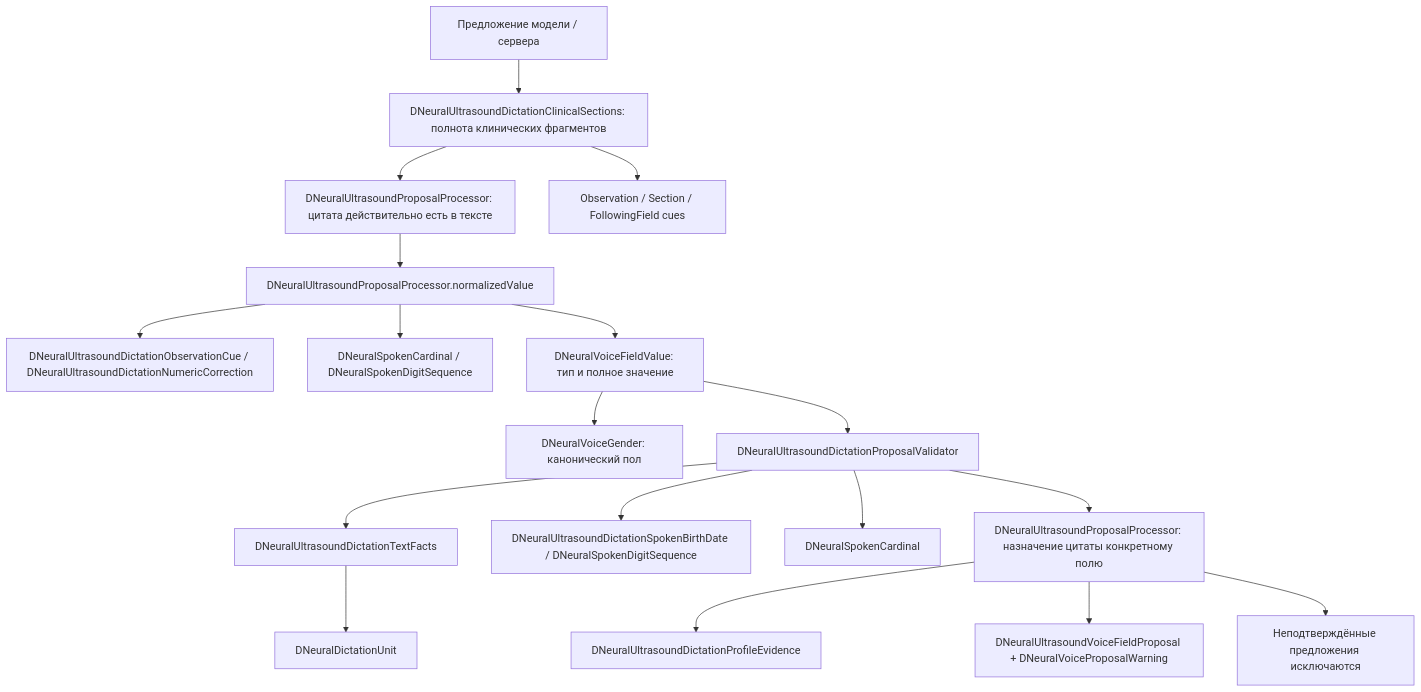
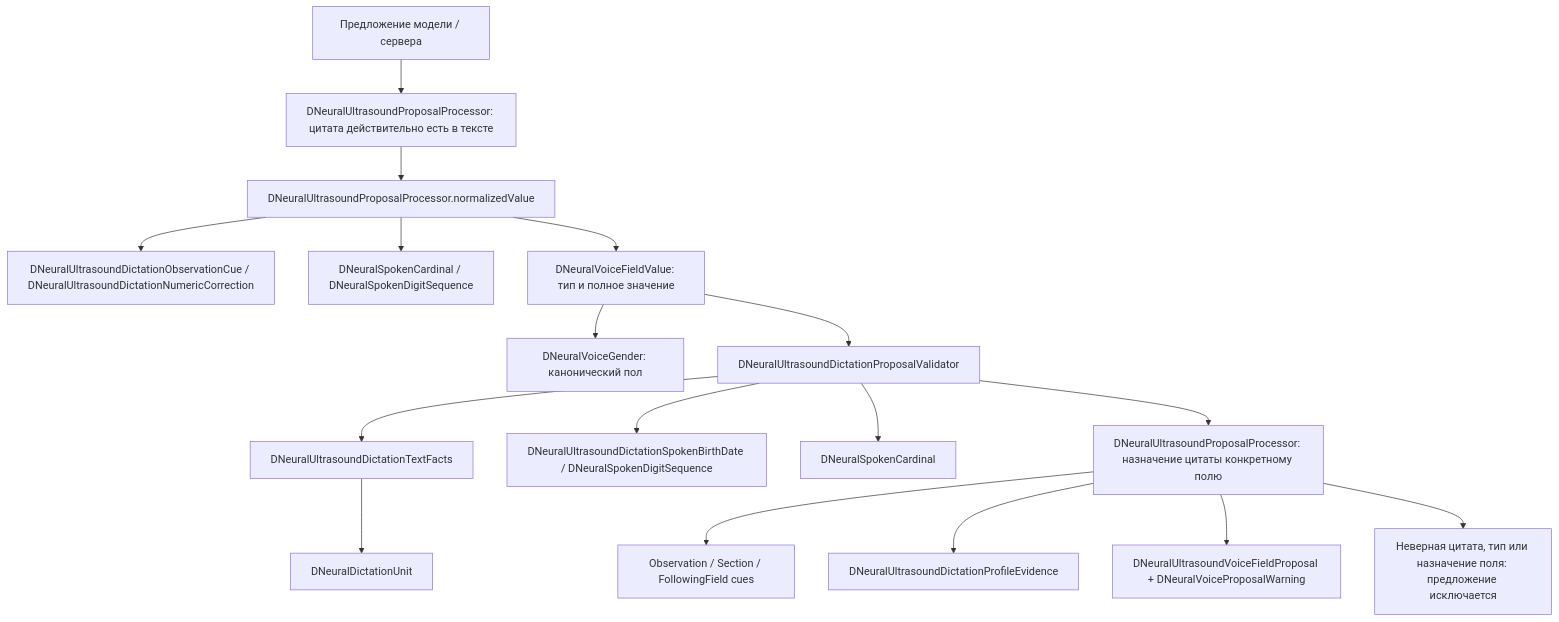
The third of 8 diagrams in ios/DoglyadNeuralModel/README.md (ivangalkindeveloper/DoglyadAI), drawn with Mermaid before and after one commit. The commit also changed other lines of this file and 73 other files, not shown here.

````diff
--- a/ios/DoglyadNeuralModel/README.md
+++ b/ios/DoglyadNeuralModel/README.md
@@ -102,20 +102,19 @@
 ```mermaid
 flowchart TD
-    Item[Предложение модели / сервера] --> Sections[DNeuralUltrasoundDictationClinicalSections: полнота клинических фрагментов]
-    Sections --> Quote[DNeuralUltrasoundProposalProcessor: цитата действительно есть в тексте]
+    Item[Предложение модели / сервера] --> Quote[DNeuralUltrasoundProposalProcessor: цитата действительно есть в тексте]
     Quote --> Normalize[DNeuralUltrasoundProposalProcessor.normalizedValue]
     Normalize --> Correction[DNeuralUltrasoundDictationObservationCue / DNeuralUltrasoundDictationNumericCorrection]
     Normalize --> Spoken[DNeuralSpokenCardinal / DNeuralSpokenDigitSequence]
     Normalize --> Value[DNeuralVoiceFieldValue: тип и полное значение]
     Value --> Gender[DNeuralVoiceGender: канонический пол]
     Value --> Validator[DNeuralUltrasoundDictationProposalValidator]
     Validator --> TextFacts[DNeuralUltrasoundDictationTextFacts]
     TextFacts --> Units[DNeuralDictationUnit]
     Validator --> Date[DNeuralUltrasoundDictationSpokenBirthDate / DNeuralSpokenDigitSequence]
     Validator --> Number[DNeuralSpokenCardinal]
-    Sections --> Cues[Observation / Section / FollowingField cues]
+    Evidence --> Cues[Observation / Section / FollowingField cues]
     Evidence --> Profile[DNeuralUltrasoundDictationProfileEvidence]
     Validator --> Evidence[DNeuralUltrasoundProposalProcessor: назначение цитаты конкретному полю]
     Evidence --> Accepted[DNeuralUltrasoundVoiceFieldProposal + DNeuralVoiceProposalWarning]
-    Evidence --> Discarded[Неподтверждённые предложения исключаются]
+    Evidence --> Discarded[Неверная цитата, тип или назначение поля: предложение исключается]
 ```
````
